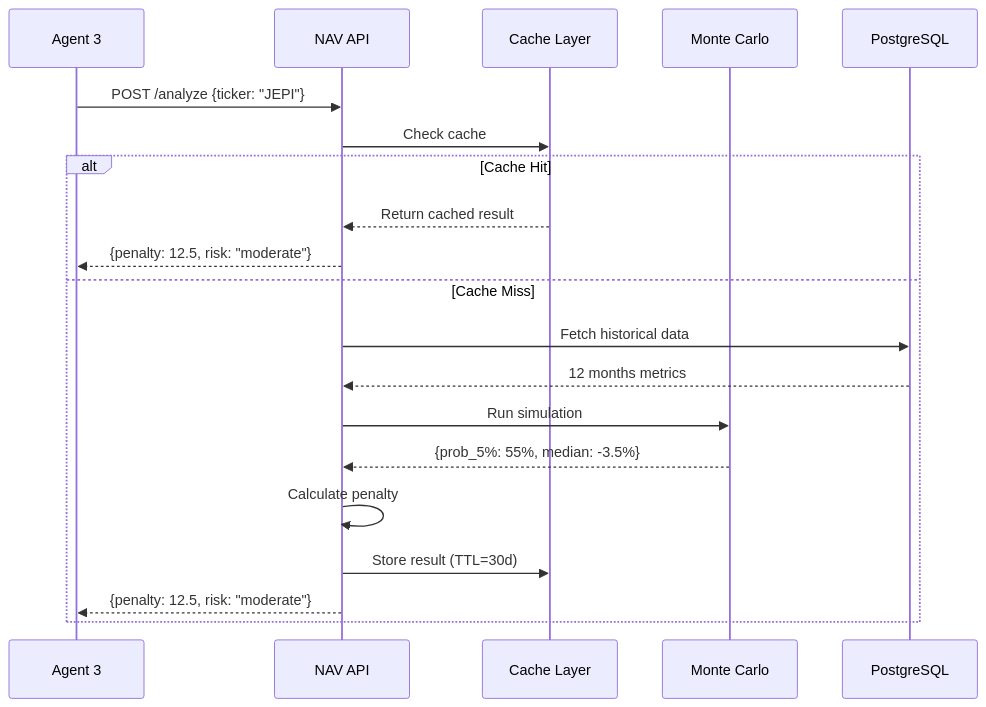
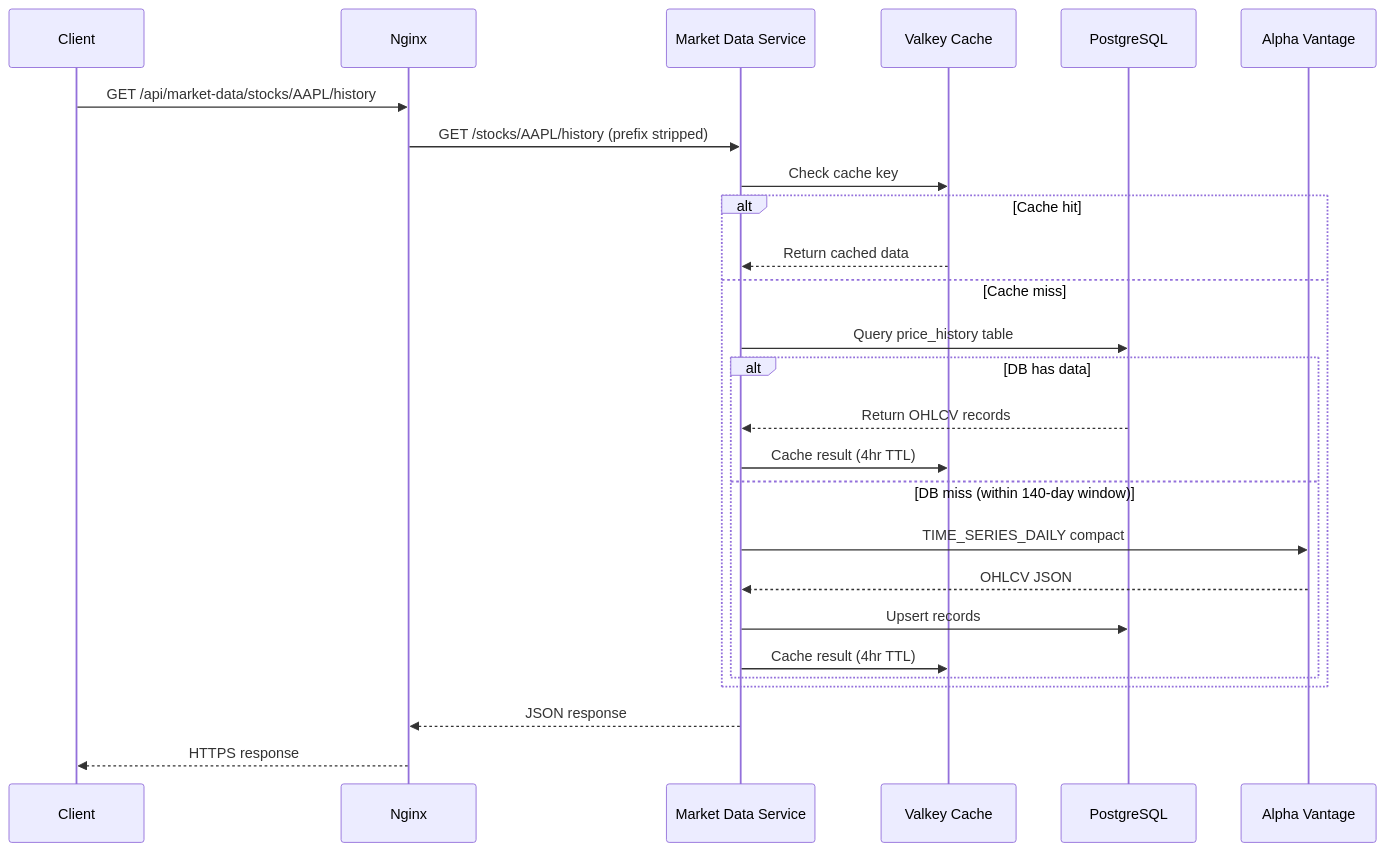
The second of 3 diagrams in income-platform/documentation/deployment/reference-architecture.md (AlbertoDBP/Agentic), drawn with Mermaid before and after one commit. The commit also changed other lines of this file and 5 other files, not shown here.

````diff
--- a/income-platform/documentation/deployment/reference-architecture.md
+++ b/income-platform/documentation/deployment/reference-architecture.md
@@ -221,24 +57,29 @@
 ```mermaid
 sequenceDiagram
-    participant A3 as Agent 3
-    participant API as NAV API
-    participant Cache as Cache Layer
-    participant MCE as Monte Carlo
-    participant DB as PostgreSQL
-    
-    A3->>API: POST /analyze {ticker: "JEPI"}
-    API->>Cache: Check cache
-    
-    alt Cache Hit
-        Cache-->>API: Return cached result
-        API-->>A3: {penalty: 12.5, risk: "moderate"}
-    else Cache Miss
-        API->>DB: Fetch historical data
-        DB-->>API: 12 months metrics
-        API->>MCE: Run simulation
-        MCE-->>API: {prob_5%: 55%, median: -3.5%}
-        API->>API: Calculate penalty
-        API->>Cache: Store result (TTL=30d)
-        API-->>A3: {penalty: 12.5, risk: "moderate"}
+    participant C as Client
+    participant N as Nginx
+    participant S as Market Data Service
+    participant V as Valkey Cache
+    participant D as PostgreSQL
+    participant A as Alpha Vantage
+
+    C->>N: GET /api/market-data/stocks/AAPL/history
+    N->>S: GET /stocks/AAPL/history (prefix stripped)
+    S->>V: Check cache key
+    alt Cache hit
+        V-->>S: Return cached data
+    else Cache miss
+        S->>D: Query price_history table
+        alt DB has data
+            D-->>S: Return OHLCV records
+            S->>V: Cache result (4hr TTL)
+        else DB miss (within 140-day window)
+            S->>A: TIME_SERIES_DAILY compact
+            A-->>S: OHLCV JSON
+            S->>D: Upsert records
+            S->>V: Cache result (4hr TTL)
+        end
     end
+    S-->>N: JSON response
+    N-->>C: HTTPS response
 ```
````
